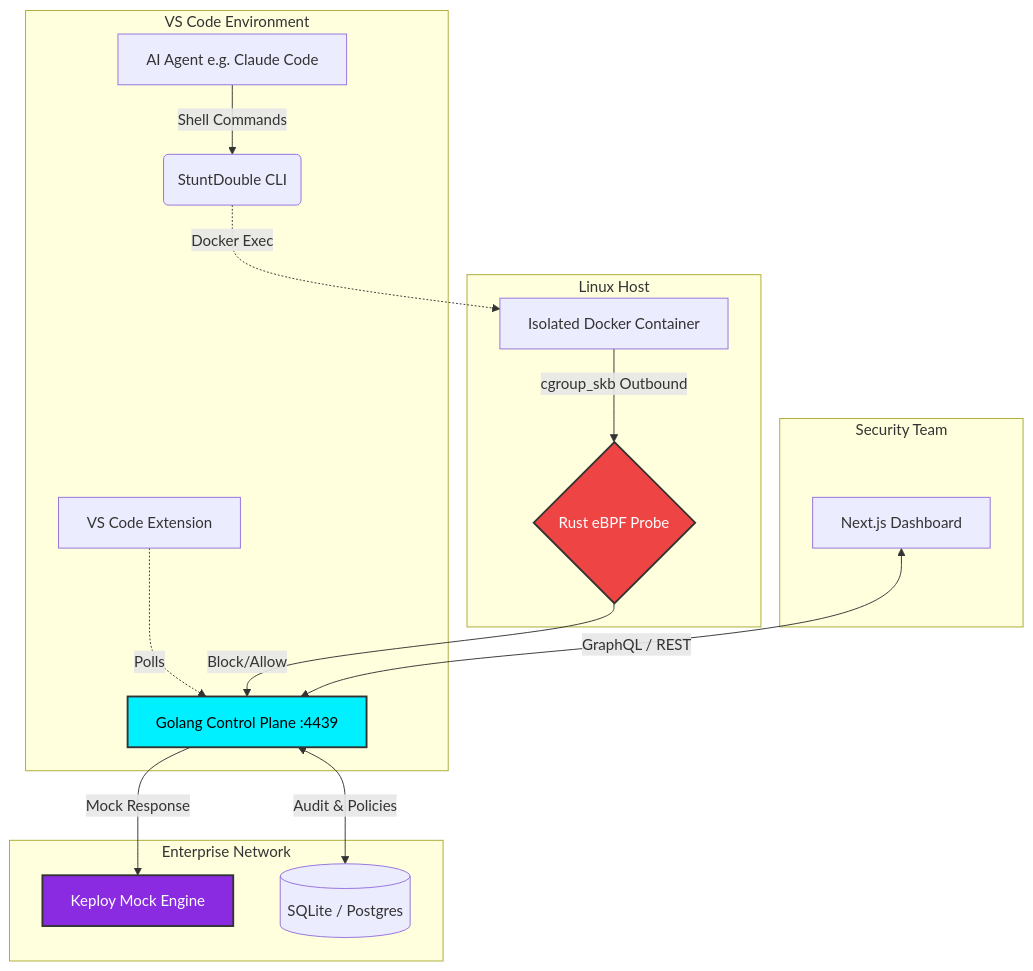
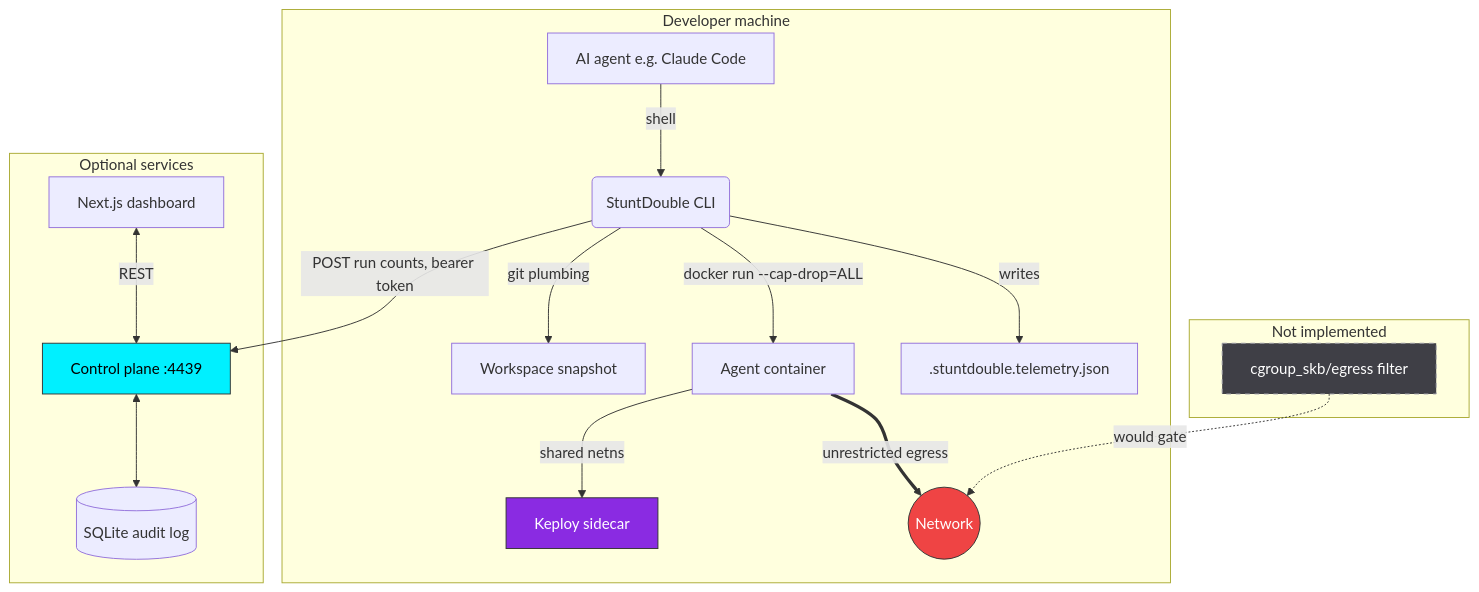
One commit to itsrohan-lang/stuntdouble changed the diagram in ARCHITECTURE.md. Above: the diagram before and after it, drawn with Mermaid. The commit also changed other lines of this file and 3 other files, not shown here.

Commit message:
fix: update action versions in CI workflows and align roadmap docs

````diff
--- a/ARCHITECTURE.md
+++ b/ARCHITECTURE.md
@@ -5,26 +9,27 @@
 ```mermaid
 graph TD
-    subgraph "VS Code Environment"
-        A[AI Agent e.g. Claude Code] -->|Shell Commands| B(StuntDouble CLI)
-        E[VS Code Extension] -.->|Polls| C
+    subgraph "Developer machine"
+        A[AI agent e.g. Claude Code] -->|shell| B(StuntDouble CLI)
+        B -->|git plumbing| S[Workspace snapshot]
+        B -->|docker run --cap-drop=ALL| F[Agent container]
+        F -->|shared netns| K[Keploy sidecar]
+        F ==>|unrestricted egress| NET((Network))
+        B -->|writes| T[.stuntdouble.telemetry.json]
     end
 
-    subgraph "Linux Host"
-        B -.->|Docker Exec| F[Isolated Docker Container]
-        F -->|cgroup_skb Outbound| G{Rust eBPF Probe}
+    subgraph "Not implemented"
+        X[cgroup_skb/egress filter]
+        X -.->|would gate| NET
     end
 
-    subgraph "Enterprise Network"
-        G -->|Block/Allow| C[Golang Control Plane :4439]
-        C -->|Mock Response| K[Keploy Mock Engine]
-        C <-->|Audit & Policies| DB[(SQLite / Postgres)]
-    end
-    
-    subgraph "Security Team"
-        D[Next.js Dashboard] <-->|GraphQL / REST| C
+    subgraph "Optional services"
+        B -->|POST run counts, bearer token| C[Control plane :4439]
+        C <--> DB[(SQLite audit log)]
+        D[Next.js dashboard] <-->|REST| C
     end
 
-    style G fill:#ef4444,stroke:#333,stroke-width:2px,color:#fff
-    style C fill:#00f0ff,stroke:#333,stroke-width:2px,color:#000
-    style K fill:#8a2be2,stroke:#333,stroke-width:2px,color:#fff
+    style X fill:#3f3f46,stroke:#a1a1aa,stroke-dasharray: 5 5,color:#fff
+    style NET fill:#ef4444,stroke:#333,color:#fff
+    style C fill:#00f0ff,stroke:#333,color:#000
+    style K fill:#8a2be2,stroke:#333,color:#fff
 ```
````
